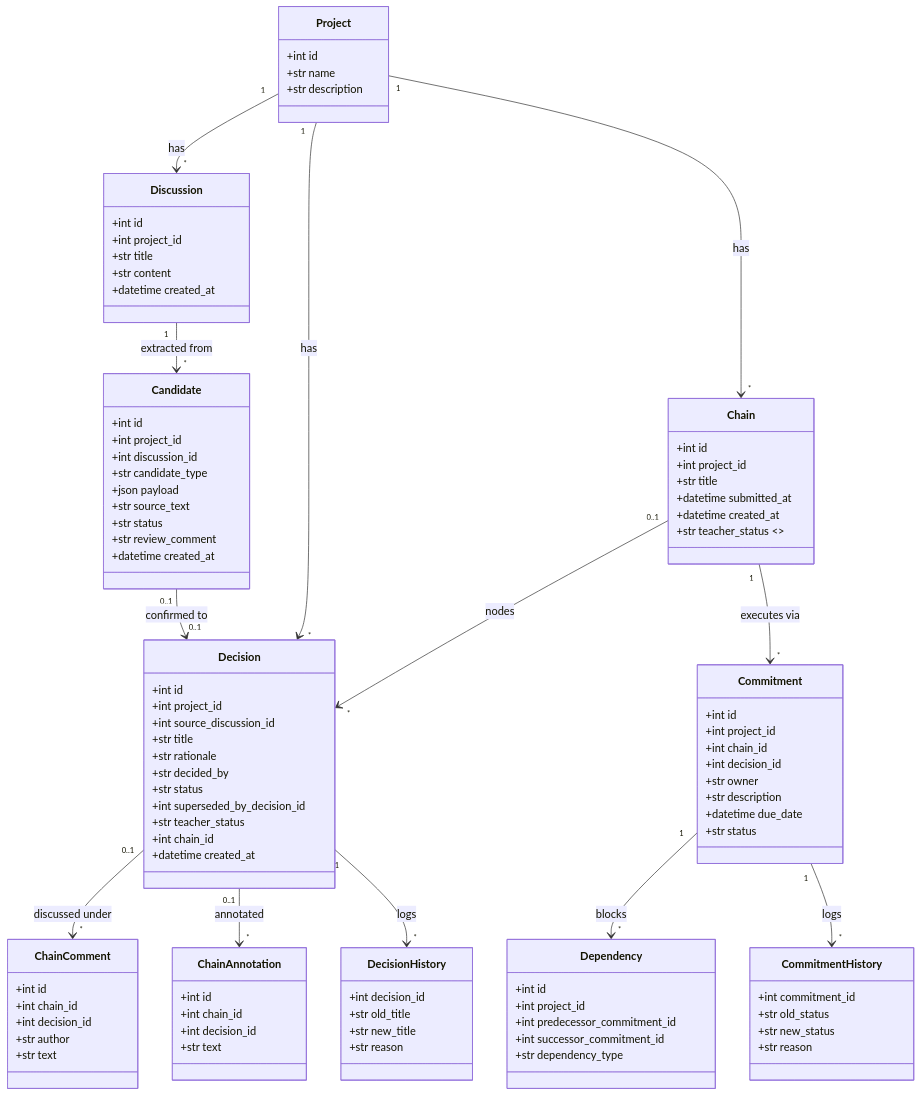
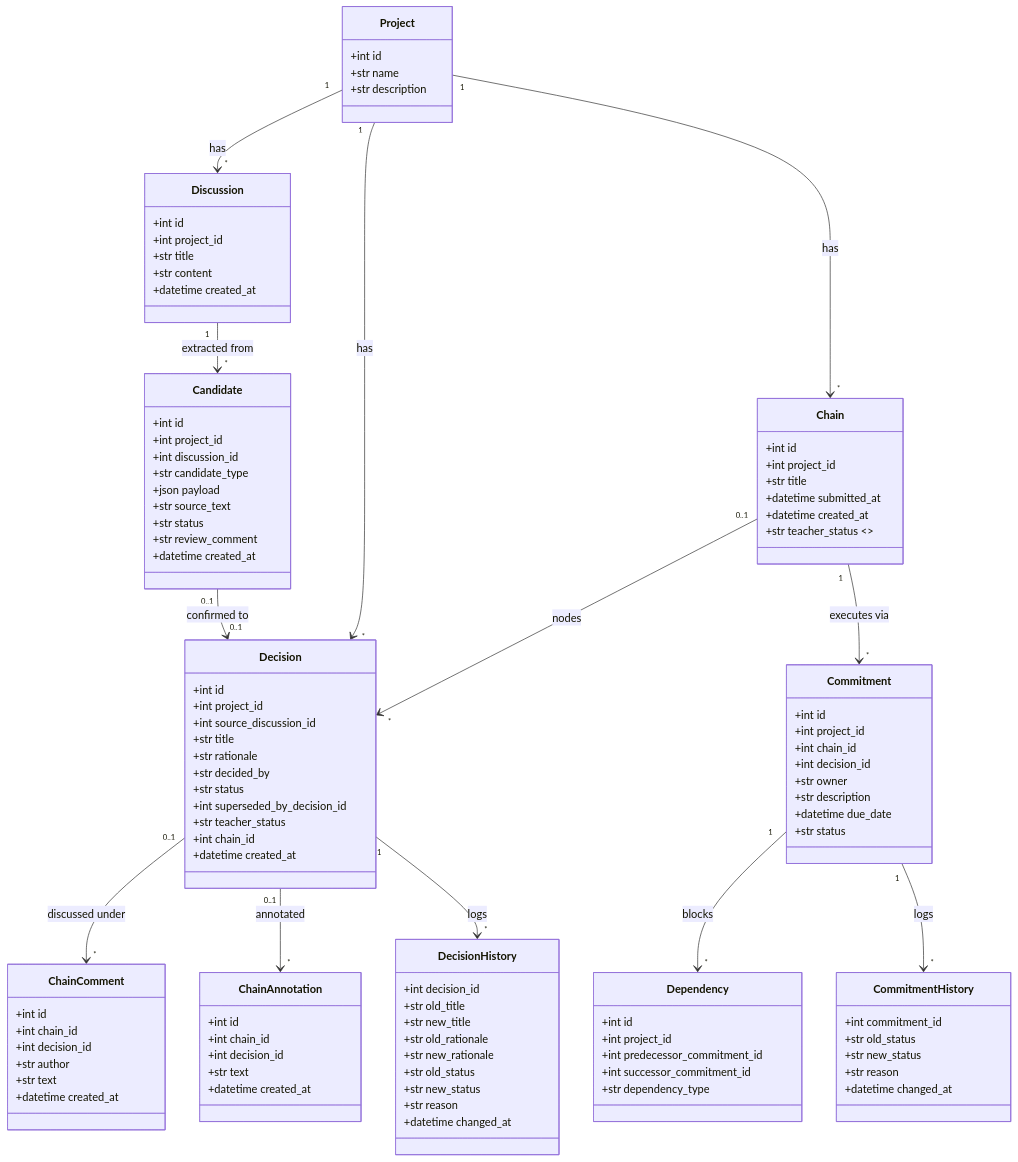
Before and after one commit to wyz-water/DecisionTrace: the first of 3 diagrams in docs/design/design-models.md, drawn with Mermaid. The commit also changed other lines of this file and 12 other files, not shown here.

```diff
--- a/docs/design/design-models.md
+++ b/docs/design/design-models.md
@@ -58,12 +58,14 @@
         +int decision_id
         +str author
         +str text
+        +datetime created_at
     }
     class ChainAnnotation {
         +int id
         +int chain_id
         +int decision_id
         +str text
+        +datetime created_at
     }
     class Commitment {
         +int id
@@ -87,12 +89,18 @@
         +str old_status
         +str new_status
         +str reason
+        +datetime changed_at
     }
     class DecisionHistory {
         +int decision_id
         +str old_title
         +str new_title
+        +str old_rationale
+        +str new_rationale
+        +str old_status
+        +str new_status
         +str reason
+        +datetime changed_at
     }
 
     Project "1" --> "*" Discussion : has
```
